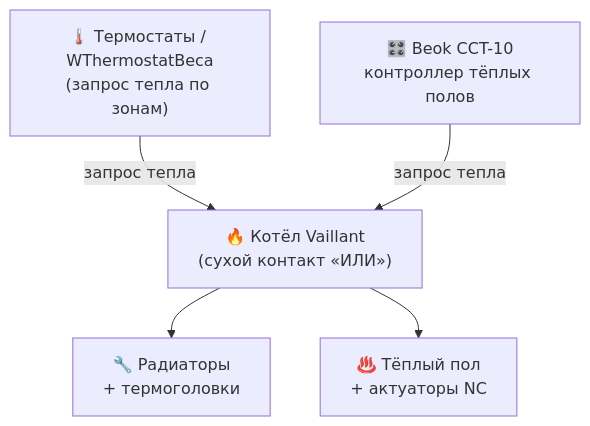
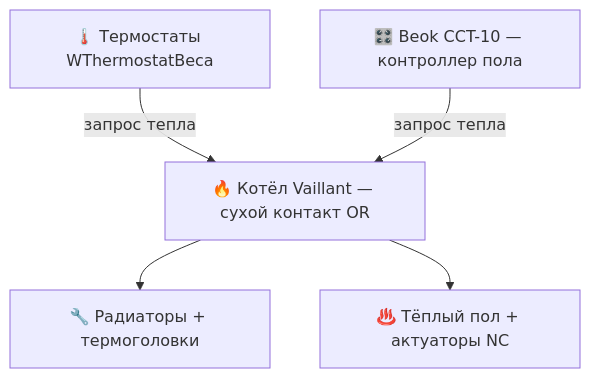
One commit to Gfermoto/Vaillant changed the sixth of 7 diagrams in HABR_ARTICLE.md. Above: the diagram before and after it, drawn with Mermaid. The commit also changed other lines of this file, not shown here.

First line of the commit message:
Fix Mermaid diagrams: remove literal \n from all node and edge labels

````diff
--- a/HABR_ARTICLE.md
+++ b/HABR_ARTICLE.md
@@ -510,13 +510,13 @@
 ```mermaid
 graph TD
-    Thermostat["🌡️ Термостаты / WThermostatBeca\n(запрос тепла по зонам)"]
-    CCT["🎛️ Beok CCT-10\nконтроллер тёплых полов"]
-    Boiler["🔥 Котёл Vaillant\n(сухой контакт «ИЛИ»)"]
-    Rad["🔧 Радиаторы\n+ термоголовки"]
-    Floor["♨️ Тёплый пол\n+ актуаторы NC"]
+    Thermostat["🌡️ Термостаты WThermostatBeca"]
+    CCT["🎛️ Beok CCT-10 — контроллер пола"]
+    Boiler["🔥 Котёл Vaillant — сухой контакт OR"]
+    Rad["🔧 Радиаторы + термоголовки"]
+    Floor["♨️ Тёплый пол + актуаторы NC"]
 
     Thermostat -- "запрос тепла" --> Boiler
     CCT -- "запрос тепла" --> Boiler
     Boiler --> Rad
     Boiler --> Floor
 ```
````
